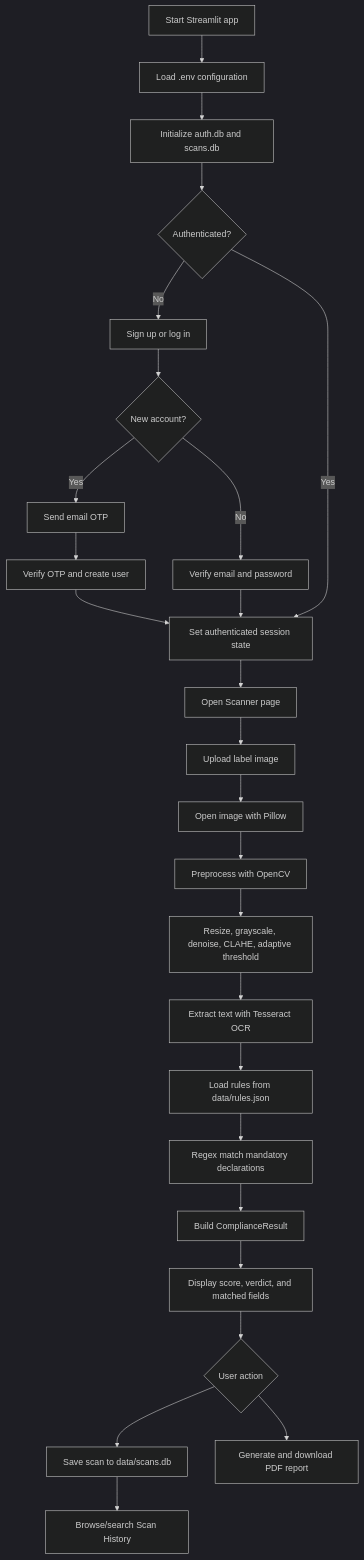
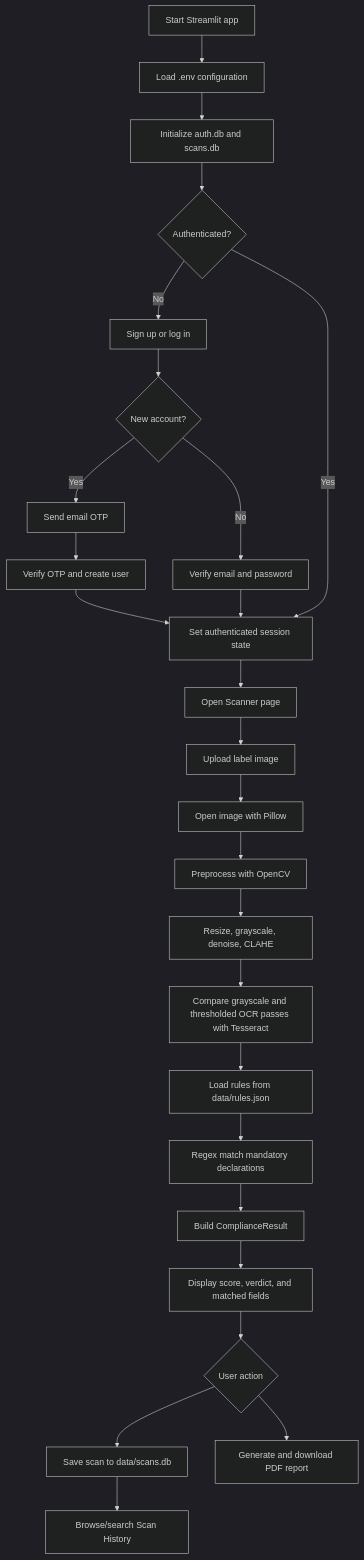
The first of 2 diagrams in README.md (Kishang0106R/Labal-reader), drawn with Mermaid (dark theme) before and after one commit. The commit also changed 3 other files, not shown here.

````diff
--- a/README.md
+++ b/README.md
@@ -7,28 +7,28 @@
 ```mermaid
 flowchart TD
   A[Start Streamlit app] --> B[Load .env configuration]
   B --> C[Initialize auth.db and scans.db]
   C --> D{Authenticated?}
   D -- No --> E[Sign up or log in]
   E --> F{New account?}
   F -- Yes --> G[Send email OTP]
   G --> H[Verify OTP and create user]
   F -- No --> I[Verify email and password]
   H --> J[Set authenticated session state]
   I --> J
   D -- Yes --> J
   J --> K[Open Scanner page]
   K --> L[Upload label image]
   L --> M[Open image with Pillow]
   M --> N[Preprocess with OpenCV]
-  N --> N1[Resize, grayscale, denoise, CLAHE, adaptive threshold]
-  N1 --> O[Extract text with Tesseract OCR]
+  N --> N1[Resize, grayscale, denoise, CLAHE]
+  N1 --> O[Compare grayscale and thresholded OCR passes with Tesseract]
   O --> P[Load rules from data/rules.json]
   P --> Q[Regex match mandatory declarations]
   Q --> R[Build ComplianceResult]
   R --> S[Display score, verdict, and matched fields]
   S --> T{User action}
   T --> U[Save scan to data/scans.db]
   T --> V[Generate and download PDF report]
   U --> W[Browse/search Scan History]
 ```
````
